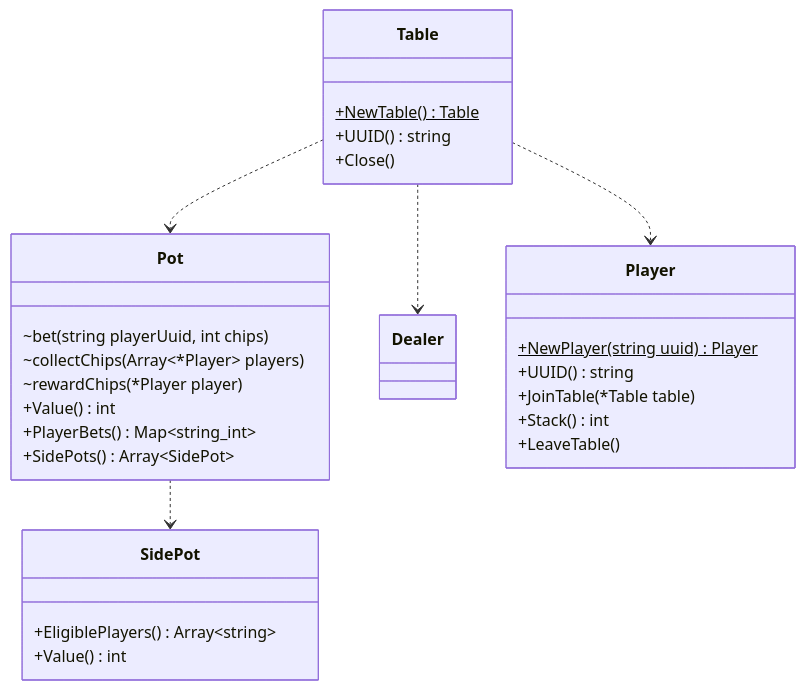
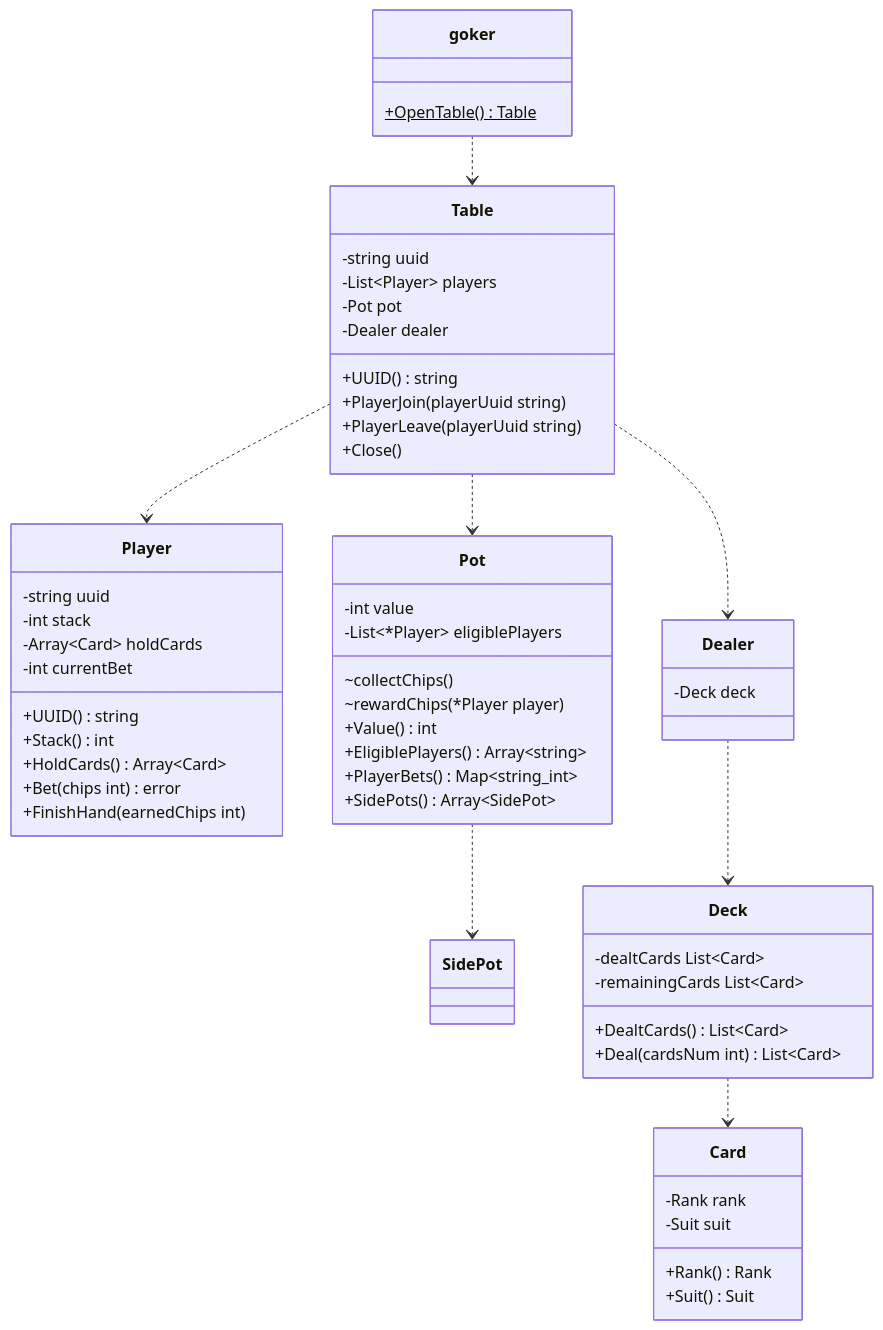
The diagram in docs/mermaids/interfaces.mmd (ethan605/goker), drawn with Mermaid before and after one commit. The commit also changed 5 other files, not shown here.

Commit message:
Update diagrams

```diff
--- a/docs/mermaids/interfaces.mmd
+++ b/docs/mermaids/interfaces.mmd
@@ -1,39 +1,71 @@
 classDiagram
+    goker ..> Table
+    Table ..> Player
     Table ..> Pot
     Table ..> Dealer
-    Table ..> Player
     Pot ..> SidePot
+    Dealer ..> Deck
+    Deck ..> Card
+
+    class goker {
+        +OpenTable()$ Table
+    }
 
     class Table {
-        +NewTable()$ Table
+        -string uuid
+        -List~Player~ players
+        -Pot pot
+        -Dealer dealer
 
         +UUID() string
+        +PlayerJoin(playerUuid string)
+        +PlayerLeave(playerUuid string)
         +Close()
     }
 
+    class Player {
+        -string uuid
+        -int stack
+        -Array~Card~ holdCards
+        -int currentBet
+
+        +UUID() string
+        +Stack() int
+        +HoldCards() Array~Card~
+
+        +Bet(chips int) error
+        +FinishHand(earnedChips int)
+    }
+
     class Pot {
-        ~bet(string playerUuid, int chips)
-        ~collectChips(Array~*Player~ players)
+        -int value
+        -List~*Player~ eligiblePlayers
+
+        ~collectChips()
         ~rewardChips(*Player player)
 
         +Value() int
+        +EligiblePlayers() Array~string~
         +PlayerBets() Map~string_int~
         +SidePots() Array~SidePot~
     }
 
-    class SidePot {
-        +EligiblePlayers() Array~string~
-        +Value() int
+    class Dealer {
+        -Deck deck
     }
 
-    class Dealer {
+    class Deck {
+        -dealtCards List~Card~
+        -remainingCards List~Card~
+
+        +DealtCards() List~Card~
+        +Deal(cardsNum int) List~Card~
     }
 
-    class Player {
-        +NewPlayer(string uuid)$ Player
+    class Card {
+        -Rank rank
+        -Suit suit
 
-        +UUID() string
-        +JoinTable(*Table table)
-        +Stack() int
-        +LeaveTable()
+        +Rank() Rank
+        +Suit() Suit
     }
```
